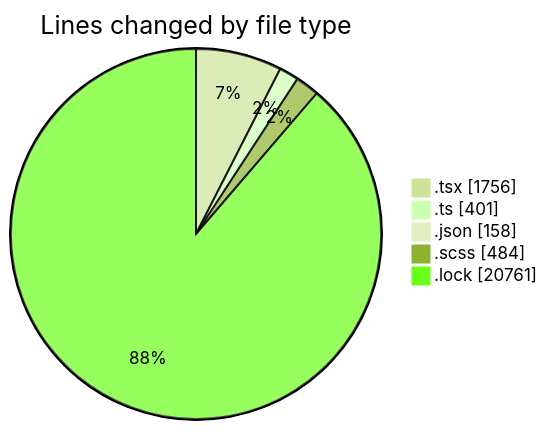
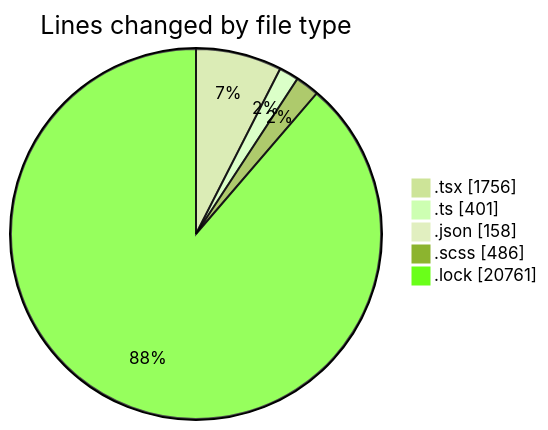
The first of 2 diagrams in 2025-04-29/cda/README.md (momahboobian/code-tracking), drawn with Mermaid (forest theme) before and after one commit. The commit also changed other lines of this file and 1 other file, not shown here.

````diff
--- a/2025-04-29/cda/README.md
+++ b/2025-04-29/cda/README.md
@@ -43,9 +43,9 @@
 ```mermaid
 pie showData
 title Lines changed by file type
 ".tsx" : 1756
 ".ts" : 401
 ".json" : 158
-".scss" : 484
+".scss" : 486
 ".lock" : 20761
 ```
````
